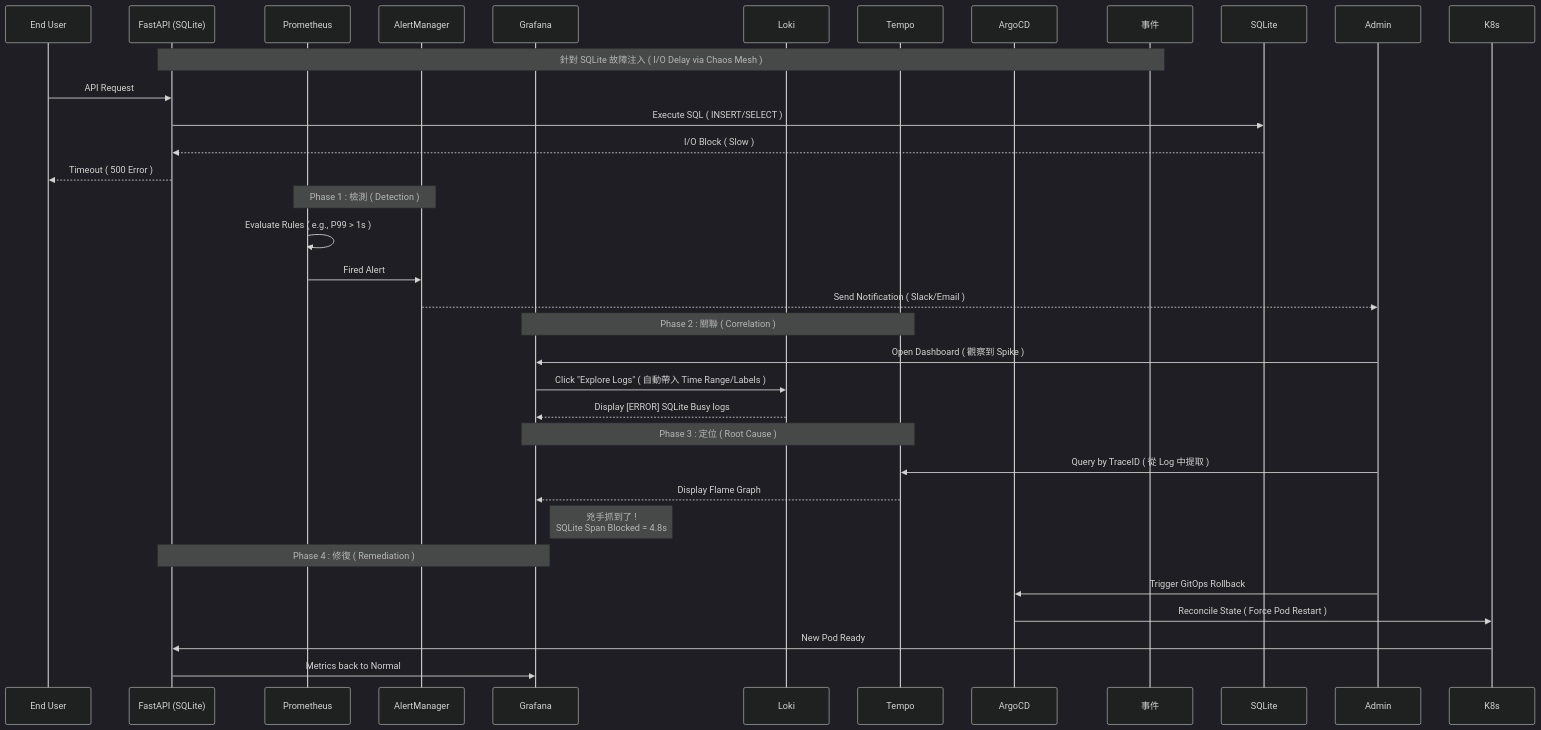
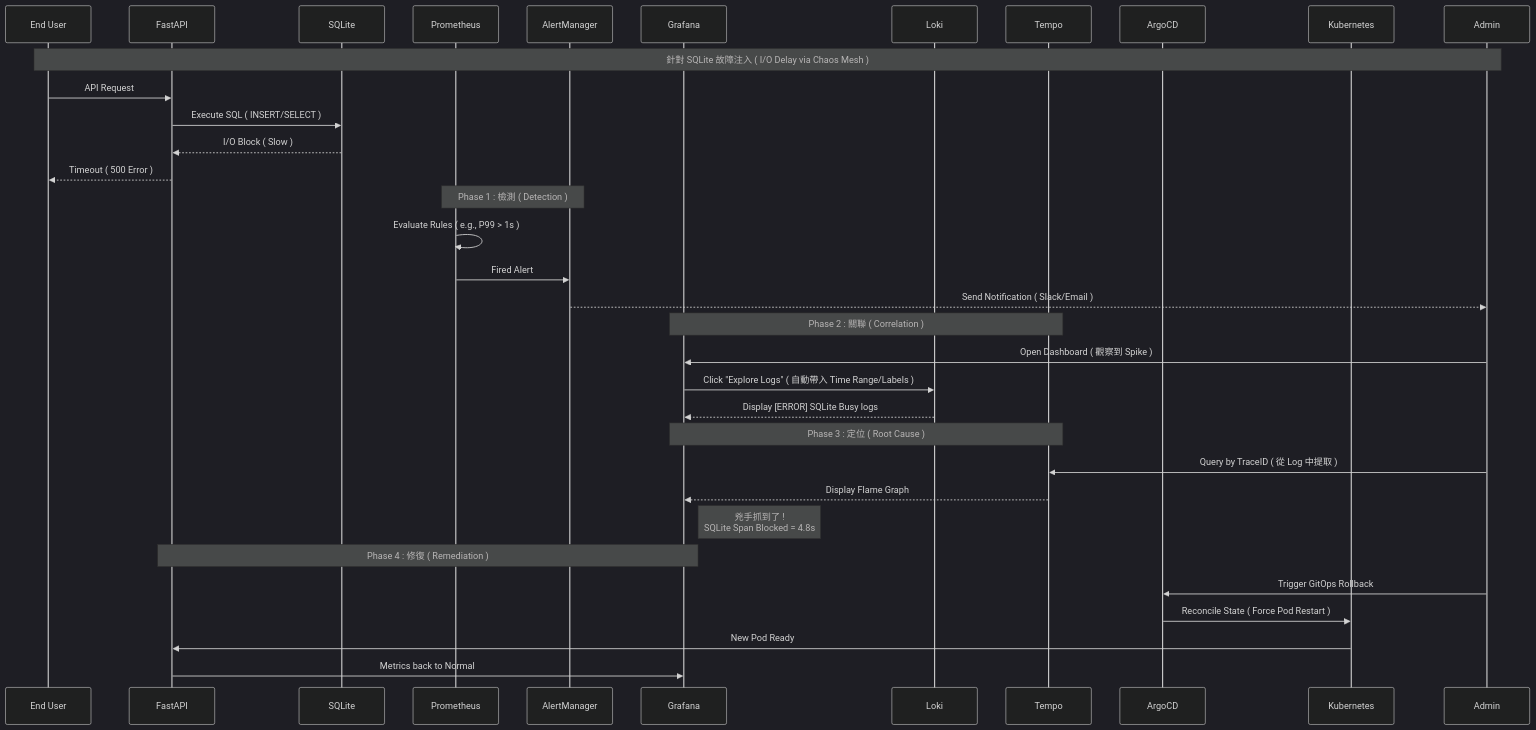
One commit to Junwu0615/Platform-Genesis changed the first of 2 diagrams in docs/Observability-Platform-Validation.md. Above: the diagram before and after it, drawn with Mermaid (dark theme). The commit also changed other lines of this file, not shown here.

````diff
--- a/docs/Observability-Platform-Validation.md
+++ b/docs/Observability-Platform-Validation.md
@@ -231,38 +231,41 @@
 ```mermaid
 sequenceDiagram
     participant User as End User
-    participant App as FastAPI (SQLite)
+    participant App as FastAPI
+    participant DB as SQLite
     participant P as Prometheus
     participant A as AlertManager
     participant G as Grafana
     participant L as Loki
     participant T as Tempo
     participant Argo as ArgoCD
+    participant K8s as Kubernetes
+    participant Admin as Admin
 
-    Note over App, 事件: 針對 SQLite 故障注入 ( I/O Delay via Chaos Mesh )
+    Note over User, Admin: 針對 SQLite 故障注入 ( I/O Delay via Chaos Mesh )
     User->>App: API Request
-    App->>SQLite: Execute SQL ( INSERT/SELECT )
-    SQLite-->>App: I/O Block ( Slow )
+    App->>DB: Execute SQL ( INSERT/SELECT )
+    DB-->>App: I/O Block ( Slow )
     App-->>User: Timeout ( 500 Error )
 
     Note over P, A: Phase 1 : 檢測 ( Detection )
     P->>P: Evaluate Rules ( e.g., P99 > 1s )
     P->>A: Fired Alert
     A-->>Admin: Send Notification ( Slack/Email )
 
     Note over G, T: Phase 2 : 關聯 ( Correlation )
     Admin->>G: Open Dashboard ( 觀察到 Spike )
     G->>L: Click "Explore Logs" ( 自動帶入 Time Range/Labels )
     L-->>G: Display [ERROR] SQLite Busy logs
 
     Note over G, T: Phase 3 : 定位 ( Root Cause )
     Admin->>T: Query by TraceID ( 從 Log 中提取 )
     T-->>G: Display Flame Graph
     Note right of G: 兇手抓到了 !<br/>SQLite Span Blocked = 4.8s
 
     Note over App, G: Phase 4 : 修復 ( Remediation )
     Admin->>Argo: Trigger GitOps Rollback
     Argo->>K8s: Reconcile State ( Force Pod Restart )
     K8s->>App: New Pod Ready
     App->>G: Metrics back to Normal
 ```
````
